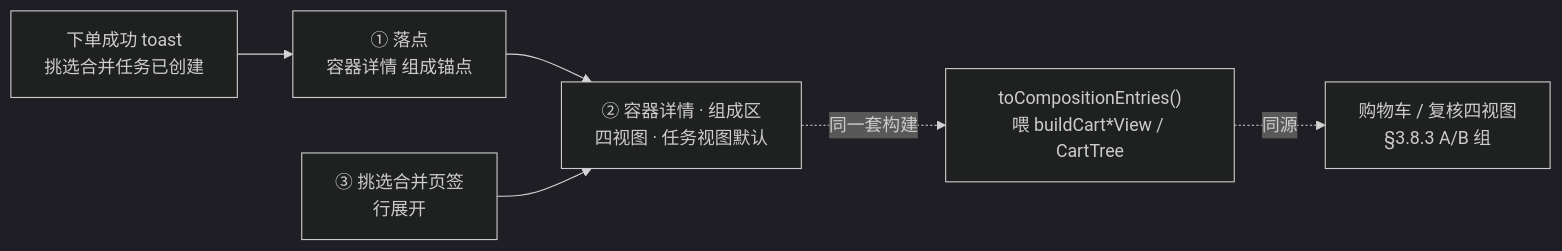
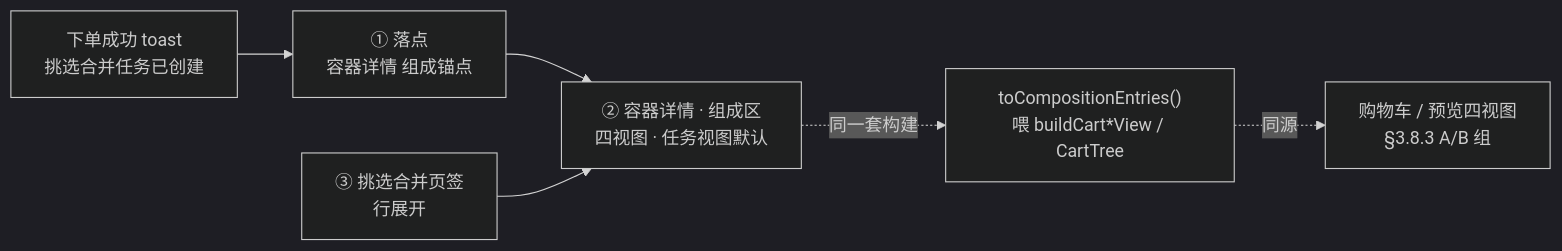
The seventh of 7 diagrams in Intelligent-Audio-TEST/doc/UX设计规范/18_挑选合并功能交互重设计.md (ydz-auto/intelligent_audio_test), drawn with Mermaid (dark theme) before and after one commit. The commit also changed other lines of this file and 2 other files, not shown here.

````diff
--- a/Intelligent-Audio-TEST/doc/UX设计规范/18_挑选合并功能交互重设计.md
+++ b/Intelligent-Audio-TEST/doc/UX设计规范/18_挑选合并功能交互重设计.md
@@ -740,8 +817,8 @@
 ```mermaid
 flowchart LR
     W["下单成功 toast<br/>挑选合并任务已创建"] --> A["① 落点<br/>容器详情 组成锚点"]
     A --> B["② 容器详情 · 组成区<br/>四视图 · 任务视图默认"]
     C["③ 挑选合并页签<br/>行展开"] --> B
     B -. 同一套构建 .-> D["toCompositionEntries()<br/>喂 buildCart*View / CartTree"]
-    D -. 同源 .-> E["购物车 / 复核四视图<br/>§3.8.3 A/B 组"]
+    D -. 同源 .-> E["购物车 / 预览四视图<br/>§3.8.3 A/B 组"]
 ```
````
